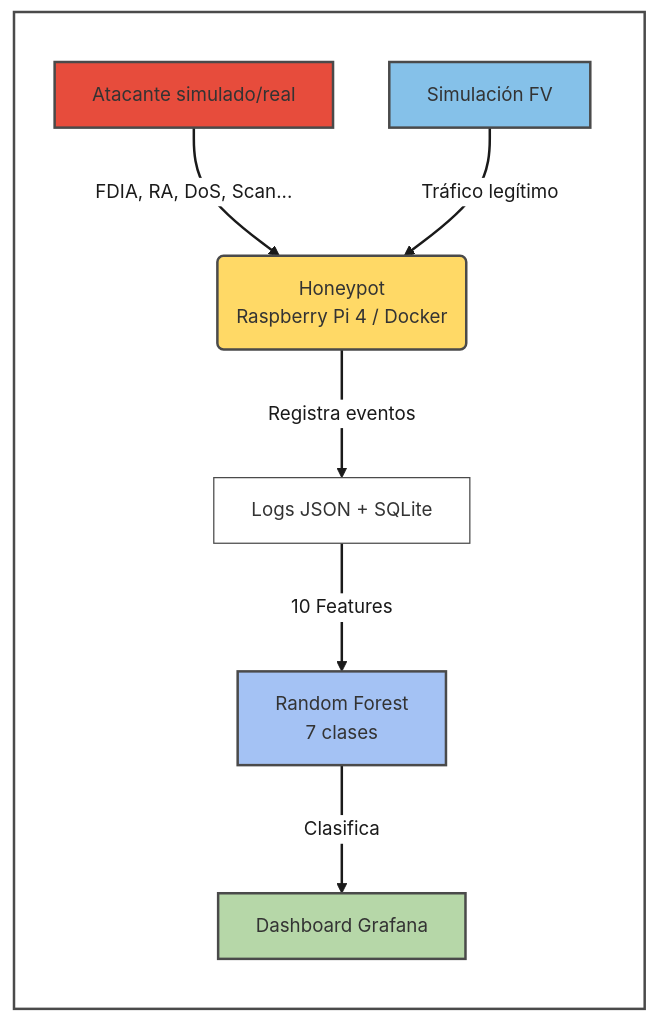
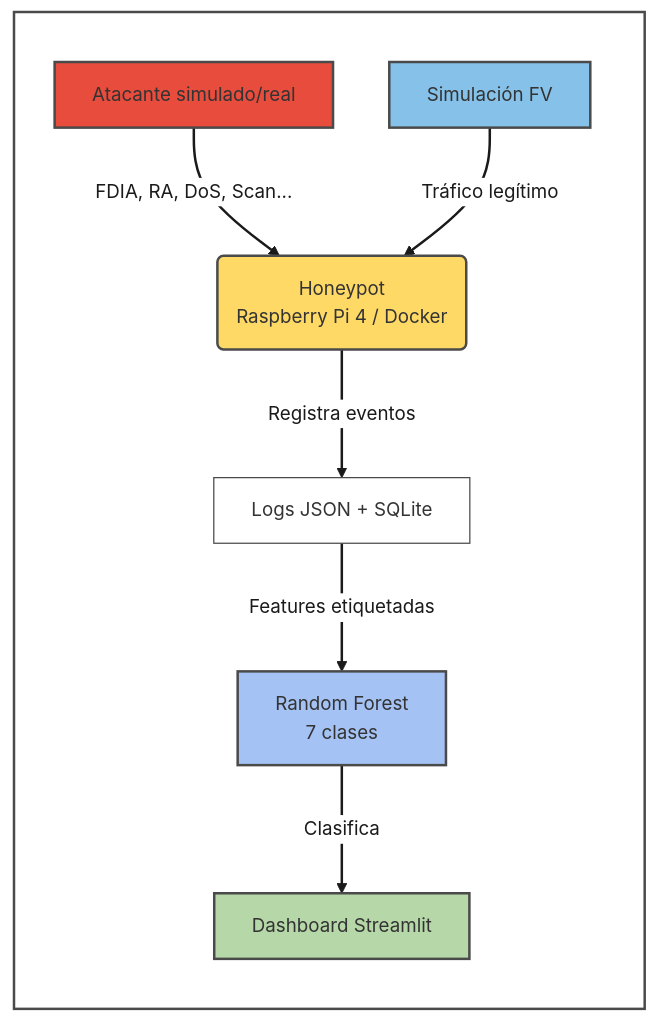
One commit to NicolasReyes001/tesis-honeypot-fv-ml changed the diagram in docs/Semana1/problema_definido.md. Above: the diagram before and after it, drawn with Mermaid. The commit also changed other lines of this file and 5 other files, not shown here.

````diff
--- a/docs/Semana1/problema_definido.md
+++ b/docs/Semana1/problema_definido.md
@@ -82,44 +84,44 @@
 ```mermaid
 %%{init: {
   'theme': 'base',
   'themeVariables': {
     'fontSize': '15px',
     'primaryColor': '#ffffff',
     'edgeLabelBackground': '#ffffff',
     'lineColor': '#4a4a4a',
     'mainBkg': '#ffffff',
     'nodeBorder': '#4a4a4a',
     'actorBorder': '#4a4a4a',
     'textColor': '#1a1a1a',
     'arrowheadColor': '#1a1a1a'
   },
   'flowchart': {
     'useMaxWidth': true,
     'nodeSpacing': 45,
     'rankSpacing': 55,
     'curve': 'basis'
   }
 }}%%
 graph TD
     subgraph Arquitectura_del_Sistema [" "]
         direction TD
         A[Atacante simulado/real] -->|FDIA, RA, DoS, Scan...| B(Honeypot<br>Raspberry Pi 4 / Docker)
         F[Simulación FV] -->|Tráfico legítimo| B
         B -->|Registra eventos| C[Logs JSON + SQLite]
-        C -->|10 Features| D[Random Forest<br>7 clases]
-        D -->|Clasifica| E[Dashboard Grafana]
+        C -->|Features etiquetadas| D[Random Forest<br>7 clases]
+        D -->|Clasifica| E[Dashboard Streamlit]
         
         style A fill:#E74C3C,stroke:#4a4a4a,stroke-width:2px
         style B fill:#ffd966,stroke:#4a4a4a,stroke-width:2px
         style D fill:#a4c2f4,stroke:#4a4a4a,stroke-width:2px
         style E fill:#b6d7a8,stroke:#4a4a4a,stroke-width:2px
         style F fill:#85C1E9,stroke:#4a4a4a,stroke-width:2px
     end
 
     %% === Estilo para la caja contenedora ===
     style Arquitectura_del_Sistema fill:#ffffff,stroke:#4a4a4a,stroke-width:2px
 
     %% === Flechas con contorno blanco + relleno negro ===
     linkStyle default stroke:#ffffff, stroke-width: 5px
     linkStyle default stroke:#1a1a1a, stroke-width:2px, color:#1a1a1a
 ```
````
